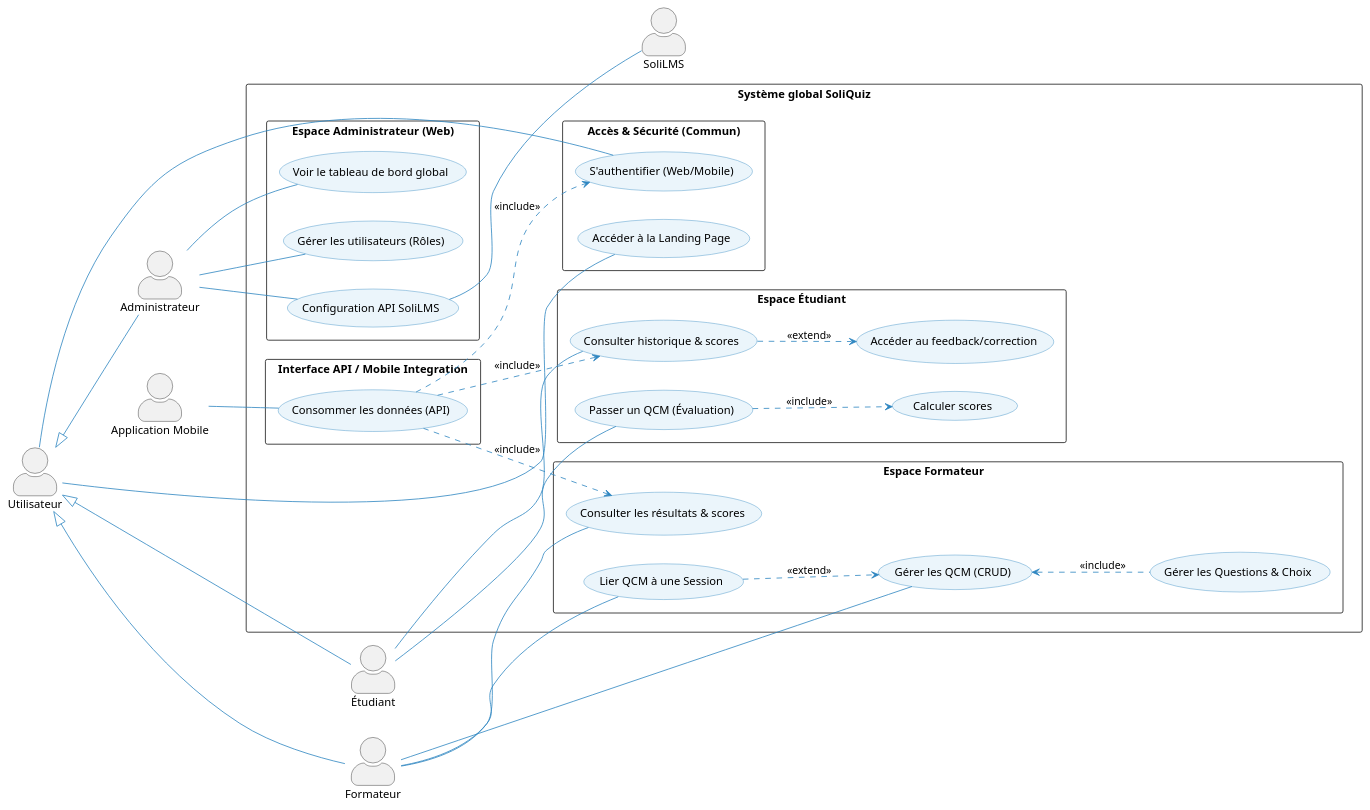
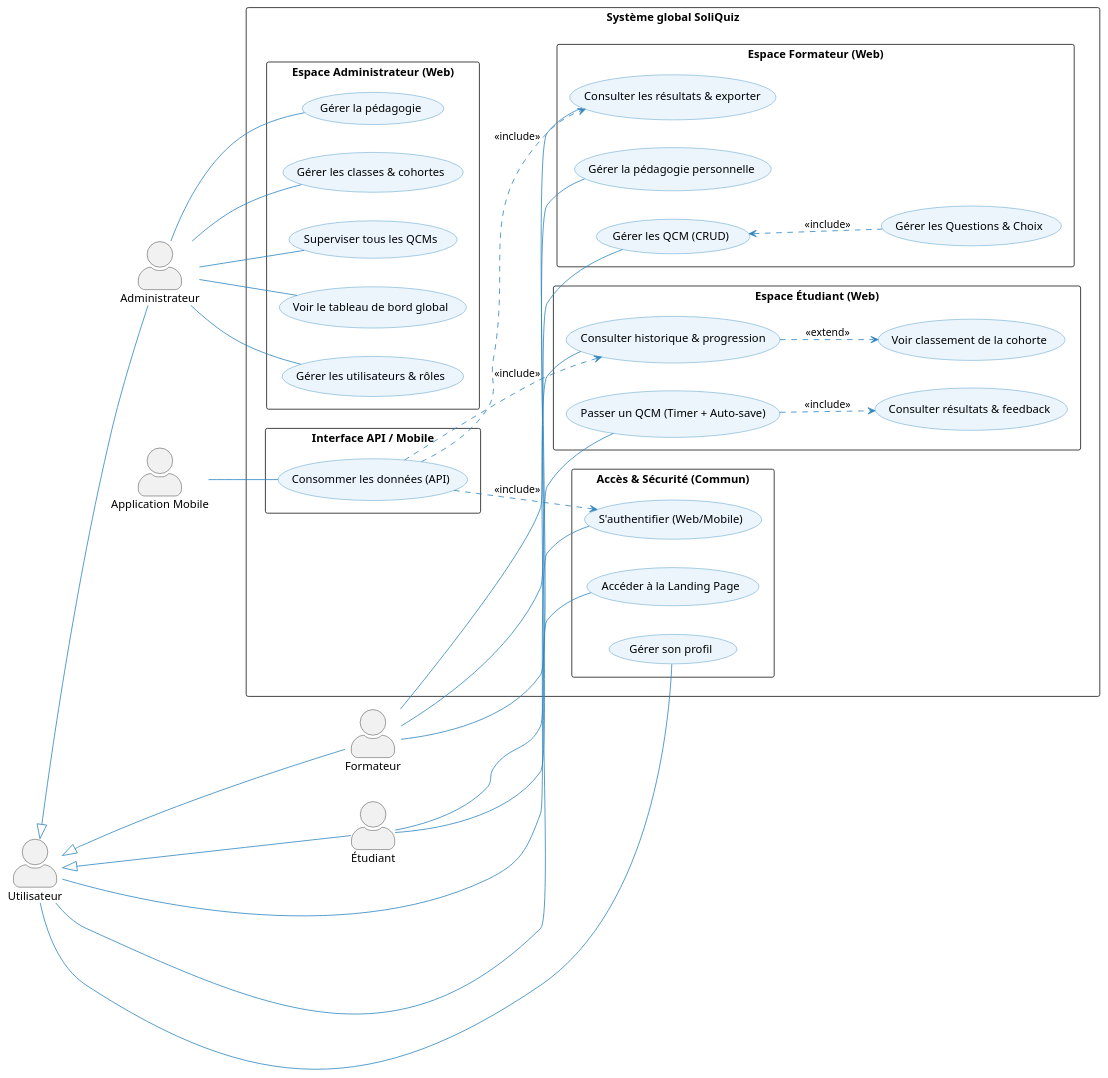
Before and after one commit to BENYEKHLEF-Anouar/SoliQuiz: the diagram in Analyse/cas-utilisation/cas-utilisation-global.puml, drawn with PlantUML. The commit also changed 37 other files, not shown here.

```diff
--- a/Analyse/cas-utilisation/cas-utilisation-global.puml
+++ b/Analyse/cas-utilisation/cas-utilisation-global.puml
@@ -1,92 +1,84 @@
 @startuml
 skinparam actorStyle awesome
 left to right direction
 skinparam packageStyle rectangle
 
 skinparam usecase {
     BackgroundColor #EBF5FB
     BorderColor #2E86C1
     ArrowColor #2E86C1
 }
 
-' ==============================
-' ACTORS HIERARCHY
-' ==============================
+' ACTORS
 actor "Utilisateur" as U
 actor "Administrateur" as A
 actor "Formateur" as F
 actor "Étudiant" as E
+actor "Application Mobile" as M
 
-' Systems as Actors
-actor "Application Mobile" as M
-actor "SoliLMS" as LMS
-
-' Inheritance
 U <|-- A
 U <|-- F
 U <|-- E
 
-' ==============================
-' SYSTEM: SOLIQUIZ ECOSYSTEM
-' ==============================
 package "Système global SoliQuiz" {
 
     package "Accès & Sécurité (Commun)" {
         usecase "S'authentifier (Web/Mobile)" as UC_LOGIN
         usecase "Accéder à la Landing Page" as UC_PUBLIC
+        usecase "Gérer son profil" as UC_PROFILE
         U -- UC_LOGIN
         U -- UC_PUBLIC
+        U -- UC_PROFILE
     }
 
     package "Espace Administrateur (Web)" {
         usecase "Voir le tableau de bord global" as UC_DASH
-        usecase "Gérer les utilisateurs (Rôles)" as UC_ROLES
-        usecase "Configuration API SoliLMS" as UC_CONF
-        
+        usecase "Gérer les utilisateurs & rôles" as UC_ROLES
+        usecase "Gérer la pédagogie" as UC_PEDA_A
+        usecase "Gérer les classes & cohortes" as UC_CLASSES
+        usecase "Superviser tous les QCMs" as UC_QCMS_A
+
         A -- UC_DASH
         A -- UC_ROLES
-        A -- UC_CONF
-        UC_CONF -- LMS
+        A -- UC_PEDA_A
+        A -- UC_CLASSES
+        A -- UC_QCMS_A
     }
 
-    package "Espace Formateur          " {
+    package "Espace Formateur (Web)" {
         usecase "Gérer les QCM (CRUD)" as UC_CRUD
         usecase "Gérer les Questions & Choix" as UC_QUEST
-        usecase "Lier QCM à une Session" as UC_LINK
-        usecase "Consulter les résultats & scores" as UC_RES
-        
+        usecase "Gérer la pédagogie personnelle" as UC_PEDA_F
+        usecase "Consulter les résultats & exporter" as UC_RES
+
         F -- UC_CRUD
-        F -- UC_LINK
+        F -- UC_PEDA_F
         F -- UC_RES
-        
+
         UC_CRUD <.. UC_QUEST : <<include>>
-        UC_LINK ..> UC_CRUD : <<extend>>
     }
 
-    package "Espace Étudiant       " {
-        usecase "Passer un QCM (Évaluation)" as UC_PLAY
-        usecase "Calculer scores" as UC_CALC
-        usecase "Consulter historique & scores" as UC_HIST
-        usecase "Accéder au feedback/correction" as UC_FEED
-        
+    package "Espace Étudiant (Web)" {
+        usecase "Passer un QCM (Timer + Auto-save)" as UC_PLAY
+        usecase "Consulter résultats & feedback" as UC_FEED
+        usecase "Consulter historique & progression" as UC_HIST
+        usecase "Voir classement de la cohorte" as UC_RANK
+
         E -- UC_PLAY
         E -- UC_HIST
-        
-        UC_PLAY ..> UC_CALC : <<include>>
-        UC_HIST ..> UC_FEED : <<extend>>
+
+        UC_PLAY ..> UC_FEED : <<include>>
+        UC_HIST ..> UC_RANK : <<extend>>
     }
 
-    package "Interface API / Mobile Integration" {
+    package "Interface API / Mobile" {
         usecase "Consommer les données (API)" as UC_API
-        
-        ' Mobile app interacts with the system via API
+
         M -- UC_API
-        
-        ' Highlighting what Mobile actually accesses
-        UC_API ..> UC_RES : <<include>>
+        UC_API ..> UC_RES  : <<include>>
         UC_API ..> UC_HIST : <<include>>
         UC_API ..> UC_LOGIN : <<include>>
     }
 }
 
 @enduml
```
